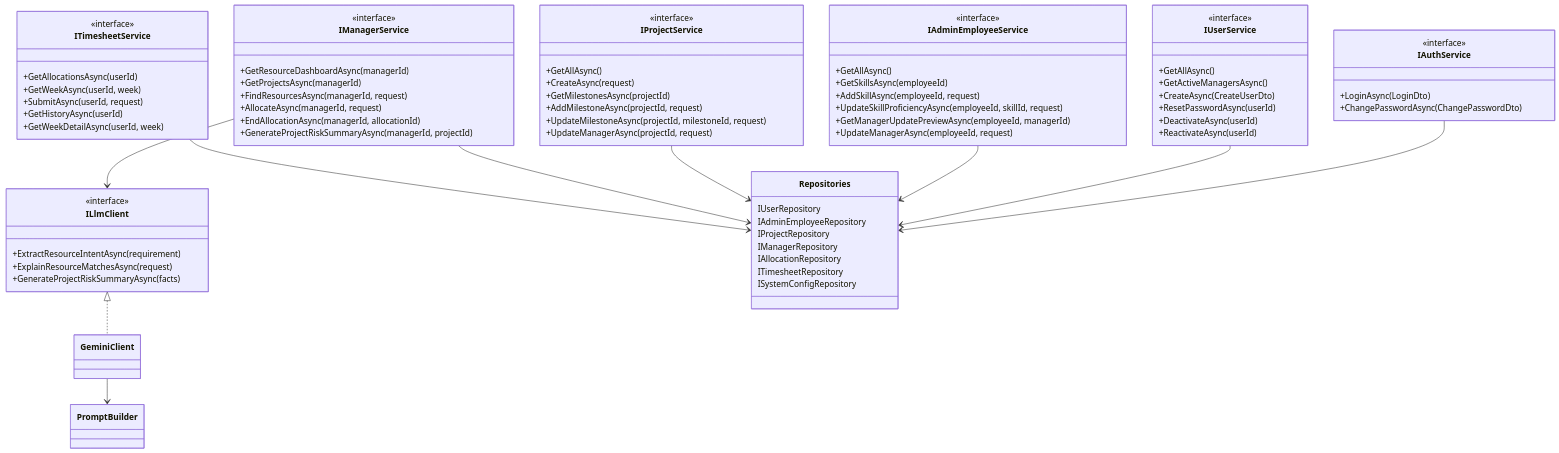
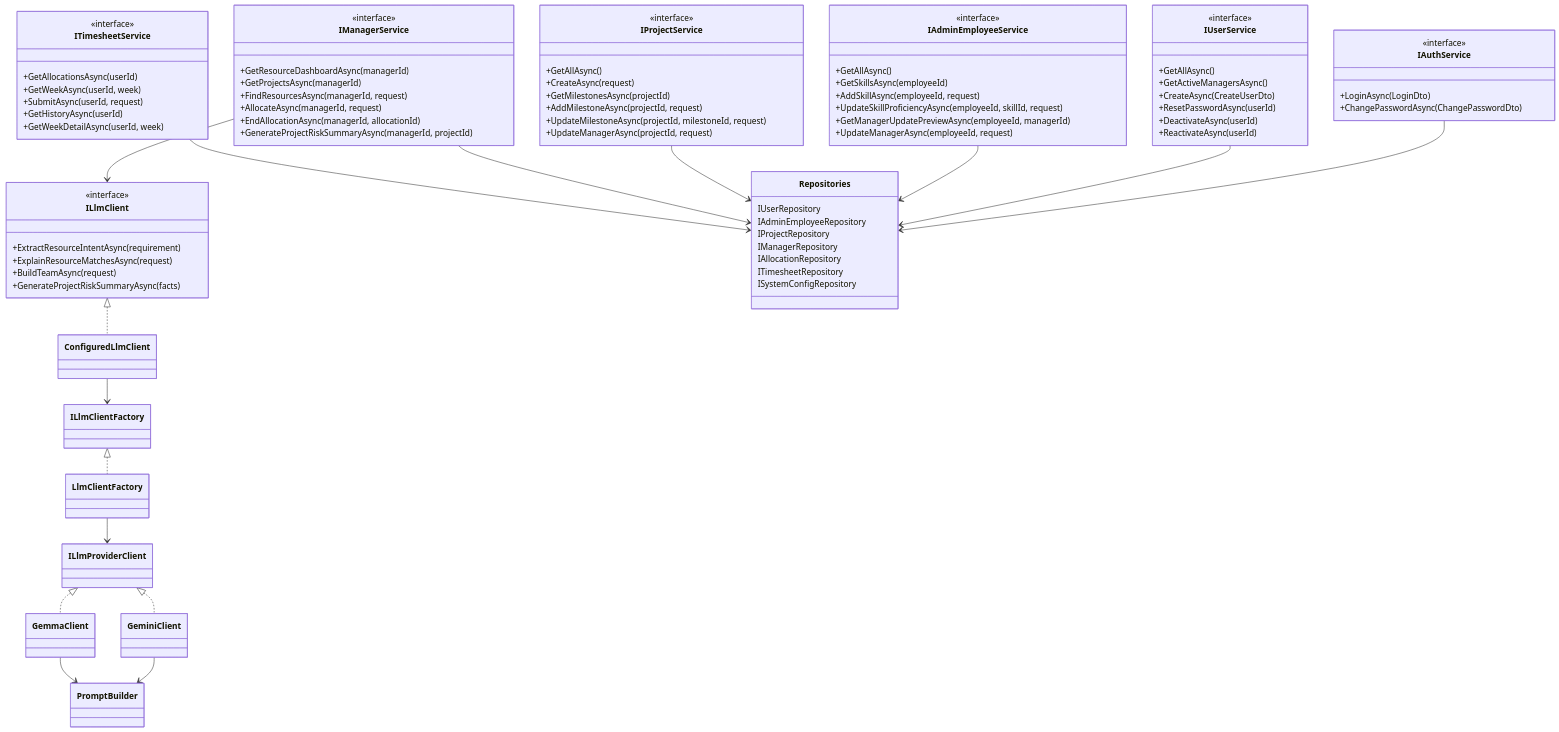
Before and after one commit to AayushGargITT/AayushGarg-LearnCode-2025-26: the fifth of 17 diagrams in ResourceMindAi/readme.md, drawn with Mermaid. The commit also changed other lines of this file and 19 other files, not shown here.

Commit message:
also configure Gemma Ai Model, and use factory Pattern. Also now %developer also consider as skills not role.

````diff
--- a/ResourceMindAi/readme.md
+++ b/ResourceMindAi/readme.md
@@ -305,10 +310,16 @@
         <<interface>>
         +ExtractResourceIntentAsync(requirement)
         +ExplainResourceMatchesAsync(request)
+        +BuildTeamAsync(request)
         +GenerateProjectRiskSummaryAsync(facts)
     }
 
+    class ConfiguredLlmClient
+    class ILlmClientFactory
+    class LlmClientFactory
+    class ILlmProviderClient
     class GeminiClient
+    class GemmaClient
     class PromptBuilder
     class Repositories {
         IUserRepository
@@ -327,6 +338,12 @@
     IManagerService --> Repositories
     ITimesheetService --> Repositories
     IManagerService --> ILlmClient
-    ILlmClient <|.. GeminiClient
+    ILlmClient <|.. ConfiguredLlmClient
+    ConfiguredLlmClient --> ILlmClientFactory
+    ILlmClientFactory <|.. LlmClientFactory
+    LlmClientFactory --> ILlmProviderClient
+    ILlmProviderClient <|.. GeminiClient
+    ILlmProviderClient <|.. GemmaClient
     GeminiClient --> PromptBuilder
+    GemmaClient --> PromptBuilder
 ```
````
